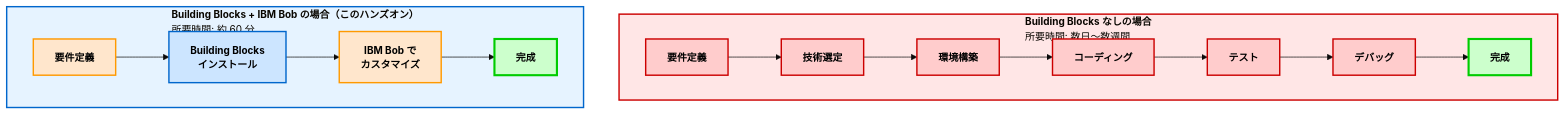
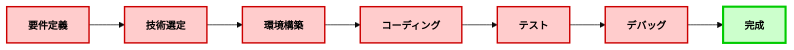
Before and after one commit to mukoubuchi/vector-search-hands-on: the first of 2 diagrams in docs/index.md, drawn with Mermaid. The commit also changed other lines of this file, not shown here.

Commit message:
docs: Mermaid図を2行に分割し、詳細情報を箇条書きで追加
- Building Blocksなしの場合とありの場合を別々の図に分離
- 各図の下に詳細説明を箇条書きで追加
- 元のdraw.io図に含まれていた情報を復元

````diff
--- a/docs/index.md
+++ b/docs/index.md
@@ -14,34 +16,16 @@
 ```mermaid
 %%{init: {'theme':'base', 'themeVariables': { 'fontSize':'14px'}}}%%
-graph TB
-    subgraph trad["<b>Building Blocks なしの場合</b><br/><span style='color:#cc0000;font-weight:bold'>所要時間: 数日〜数週間</span>"]
-        direction LR
-        t1["<b>要件定義</b>"]:::tradBox
-        t2["<b>技術選定</b>"]:::tradBox
-        t3["<b>環境構築</b>"]:::tradBox
-        t4["<b>コーディング</b>"]:::tradBox
-        t5["<b>テスト</b>"]:::tradBox
-        t6["<b>デバッグ</b>"]:::tradBox
-        t7["<b>完成</b>"]:::completeBox
-        
-        t1 --> t2 --> t3 --> t4 --> t5 --> t6 --> t7
-    end
+graph LR
+    t1["<b>要件定義</b>"]:::tradBox
+    t2["<b>技術選定</b>"]:::tradBox
+    t3["<b>環境構築</b>"]:::tradBox
+    t4["<b>コーディング</b>"]:::tradBox
+    t5["<b>テスト</b>"]:::tradBox
+    t6["<b>デバッグ</b>"]:::tradBox
+    t7["<b>完成</b>"]:::completeBox
     
-    subgraph modern["<b>Building Blocks + IBM Bob の場合（このハンズオン）</b><br/><span style='color:#0066cc;font-weight:bold'>所要時間: 約 60 分</span>"]
-        direction LR
-        m1["<b>要件定義</b>"]:::bobBox
-        m2["<b>Building Blocks<br/>インストール</b>"]:::bbBox
-        m3["<b>IBM Bob で<br/>カスタマイズ</b>"]:::bobBox
-        m4["<b>完成</b>"]:::completeBox
-        
-        m1 --> m2 --> m3 --> m4
-    end
+    t1 --> t2 --> t3 --> t4 --> t5 --> t6 --> t7
     
     classDef tradBox fill:#ffcccc,stroke:#cc0000,stroke-width:2px,color:#000
-    classDef bbBox fill:#cce5ff,stroke:#0066cc,stroke-width:2px,color:#000
-    classDef bobBox fill:#ffe6cc,stroke:#ff9900,stroke-width:2px,color:#000
     classDef completeBox fill:#ccffcc,stroke:#00cc00,stroke-width:3px,color:#000,font-weight:bold
-    
-    style trad fill:#ffe6e6,stroke:#cc0000,stroke-width:2px
-    style modern fill:#e6f3ff,stroke:#0066cc,stroke-width:2px
 ```
````
